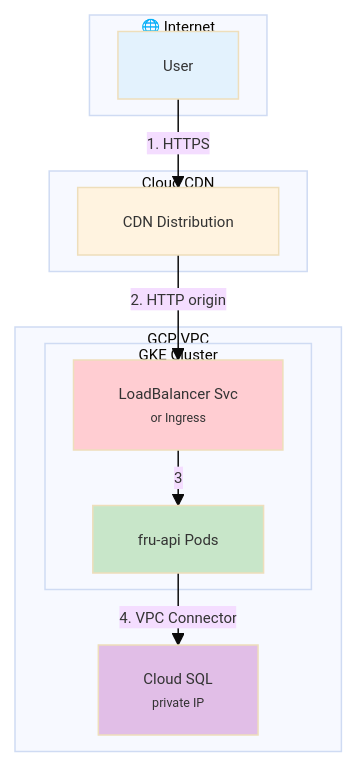
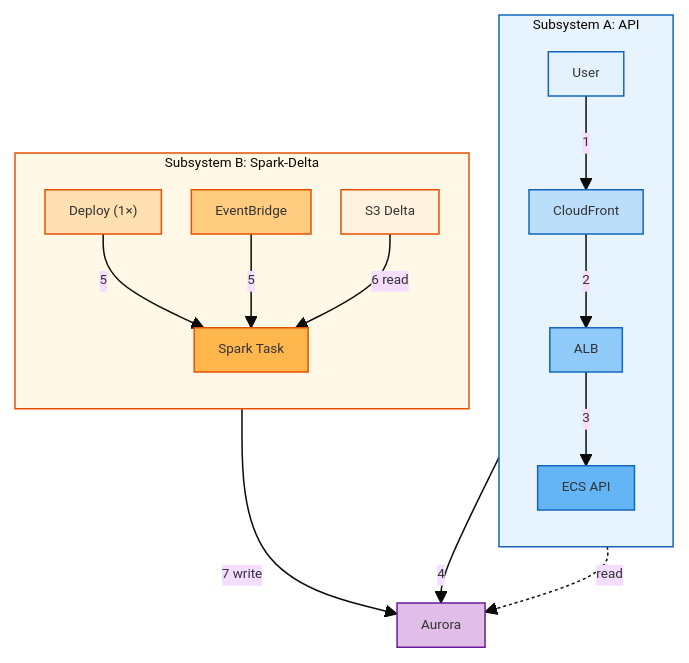
One commit to horselord-joe-8053/ultra-fru-genai-analytics-new changed the third of 4 diagrams in docs/learned/cloud_shared/ARCHITECTURE_AWS_GCP_GENERAL.md. Above: the diagram before and after it, drawn with Mermaid. The commit also changed other lines of this file and 14 other files, not shown here.

Commit message:
Restructure ARCHITECTURE doc: Kube vs Nonkube comparison, side-by-side diagrams, colored tables

````diff
--- a/docs/learned/cloud_shared/ARCHITECTURE_AWS_GCP_GENERAL.md
+++ b/docs/learned/cloud_shared/ARCHITECTURE_AWS_GCP_GENERAL.md
@@ -103,30 +134,43 @@
 ```mermaid
-%%{init: {'theme':'base', 'themeVariables': {'fontSize':'10px', 'fontFamily':'sans-serif'}, 'flowchart': {'nodeSpacing':18, 'rankSpacing':22}}}%%
+%%{init: {'theme':'base', 'themeVariables': {'fontSize':'9px', 'fontFamily':'sans-serif'}, 'flowchart': {'nodeSpacing':20, 'rankSpacing':24, 'padding':8, 'useMaxWidth':true}}}%%
 flowchart TB
-    subgraph ext3["🌐 Internet"]
-        U3["User"]
+    subgraph subA2["Subsystem A: API"]
+        direction TB
+        U2["User"]
+        CF2["CloudFront"]
+        ALB2["ALB"]
+        ECS2["ECS API"]
+        U2 -->|"1"| CF2
+        CF2 -->|"2"| ALB2
+        ALB2 -->|"3"| ECS2
     end
 
-    subgraph cdn3["Cloud CDN"]
-        CDN3["CDN Distribution"]
+    subgraph subB2["Subsystem B: Spark-Delta"]
+        direction TB
+        BOOT2["Deploy (1×)"]
+        EB2["EventBridge"]
+        SPARK2["Spark Task"]
+        S32["S3 Delta"]
+        BOOT2 -->|"5"| SPARK2
+        EB2 -->|"5"| SPARK2
+        S32 -->|"6 read"| SPARK2
     end
 
-    subgraph gcp3["GCP VPC"]
-        subgraph gke3["GKE Cluster"]
-            LB3["LoadBalancer Svc<br/><small>or Ingress</small>"]
-            POD3["fru-api Pods"]
-        end
-        SQL3["Cloud SQL<br/><small>private IP</small>"]
-    end
+    AUR2["Aurora"]
 
-    U3 -->|"1. HTTPS"| CDN3
-    CDN3 -->|"2. HTTP origin"| LB3
-    LB3 -->|"3"| POD3
-    POD3 -->|"4. VPC Connector"| SQL3
+    ECS2 -->|"4"| AUR2
+    SPARK2 -->|"7 write"| AUR2
+    ECS2 -.->|"read"| AUR2
 
-    style U3 fill:#e3f2fd
-    style CDN3 fill:#fff3e0
-    style LB3 fill:#ffcdd2
-    style POD3 fill:#c8e6c9
-    style SQL3 fill:#e1bee7
+    style U2 fill:#e3f2fd,stroke:#1565c0
+    style CF2 fill:#bbdefb,stroke:#1565c0
+    style ALB2 fill:#90caf9,stroke:#1565c0
+    style ECS2 fill:#64b5f6,stroke:#1565c0
+    style subA2 fill:#e8f4fd,stroke:#1565c0
+    style subB2 fill:#fff8e6,stroke:#e65100
+    style BOOT2 fill:#ffe0b2,stroke:#e65100
+    style EB2 fill:#ffcc80,stroke:#e65100
+    style SPARK2 fill:#ffb74d,stroke:#e65100
+    style S32 fill:#fff3e0,stroke:#e65100
+    style AUR2 fill:#e1bee7,stroke:#6a1b9a
 ```
````
